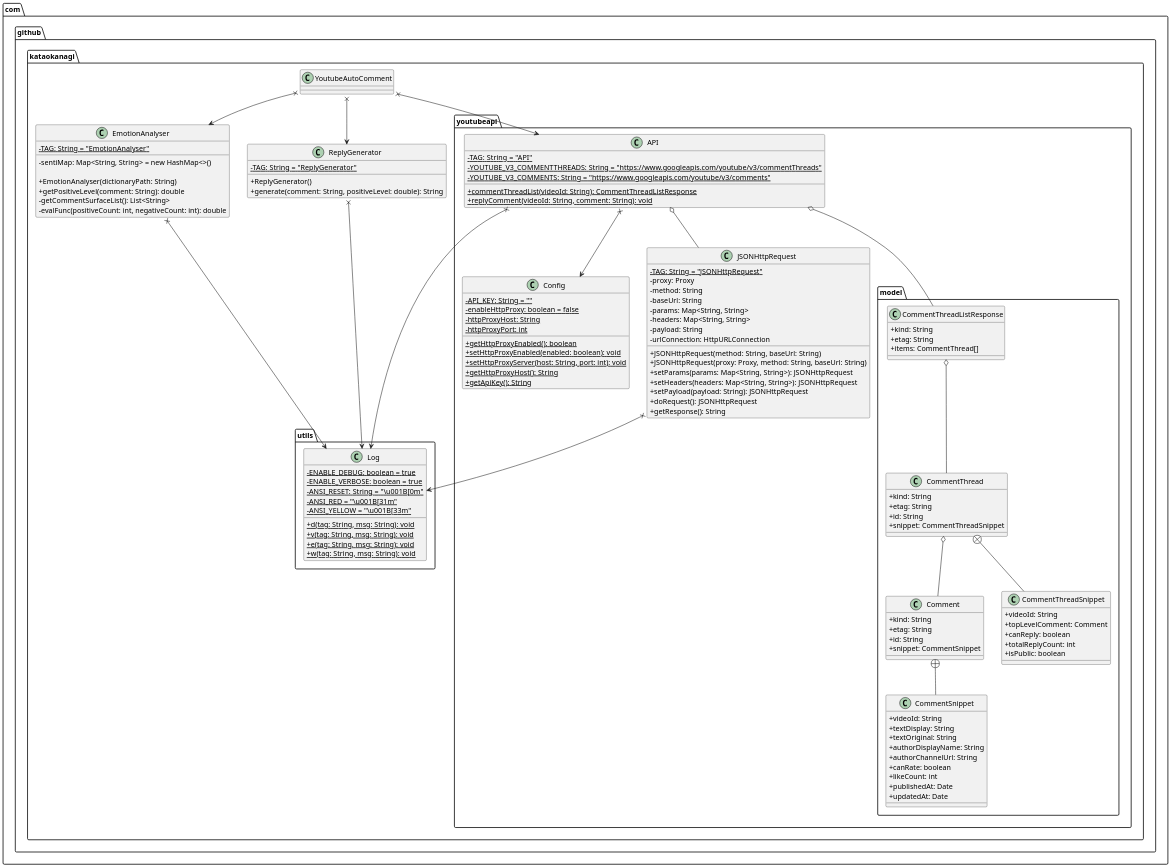
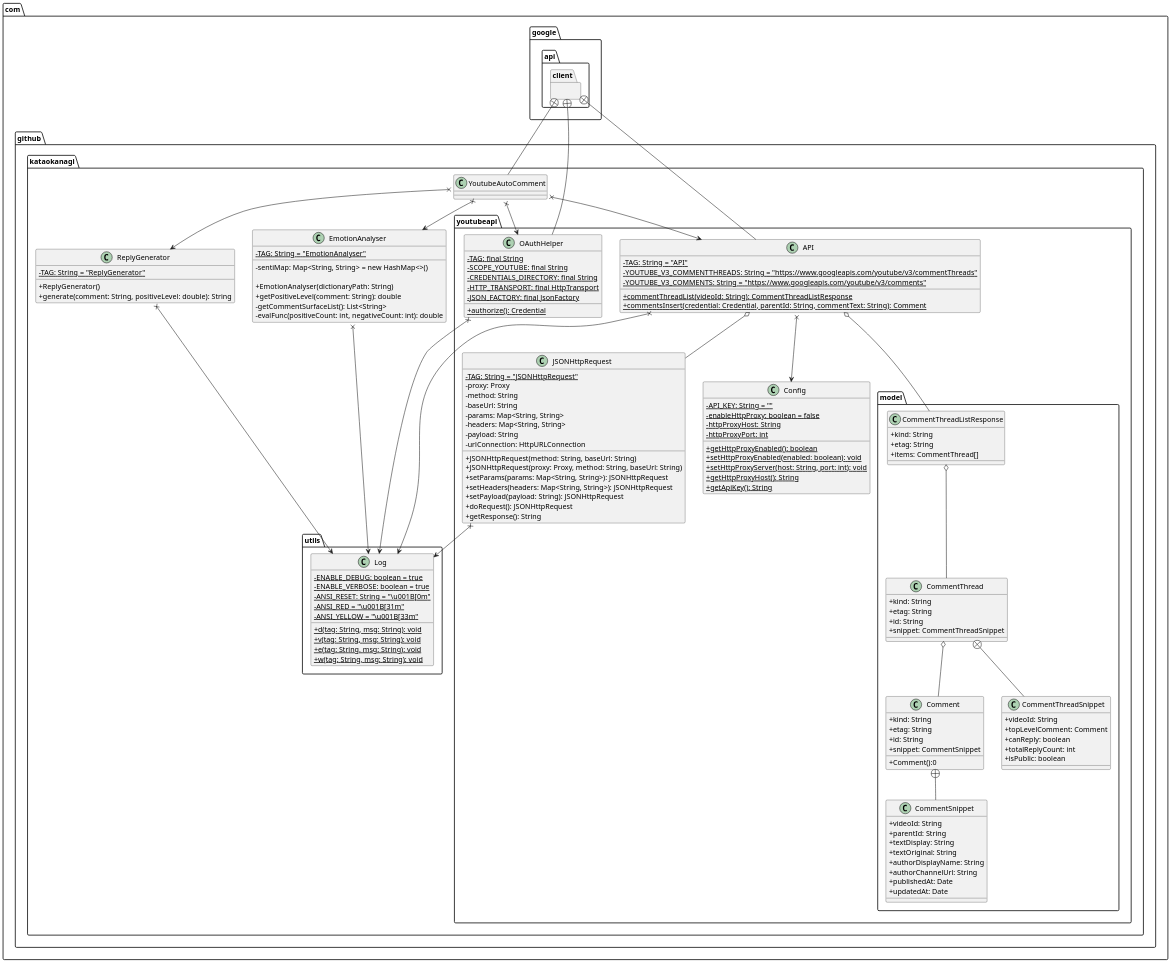
The diagram in uml/YoutubeAutoComment_ClassDiagram.pu (KataokaNagi/YoutubeAutoComment), drawn with PlantUML before and after one commit. The commit also changed other lines of this file and 1 other file, not shown here.

Commit message:
Class Diagram: update

```diff
--- a/uml/YoutubeAutoComment_ClassDiagram.pu
+++ b/uml/YoutubeAutoComment_ClassDiagram.pu
@@ -13,166 +11,184 @@
 @startuml out/ClassDiagram.png
 scale 1.5
 skinparam DefaultFontName メイリオ
 ' 可視性の変更
 skinparam classAttributeIconSize 0
 
 ' class def
 ' @see https://qiita.com/KeithYokoma/items/ee21fec6a3ebb5d1e9a8
 
 package com.github.kataokanagi {
   package com.github.kataokanagi.utils {
   }
   package com.github.kataokanagi.youtubeapi {
     package com.github.kataokanagi.youtubeapi.model {
     }
   }
+}
+
+package com.google.api.client {
 }
 
 package com.github.kataokanagi.utils {
     class Log {
         - {static} ENABLE_DEBUG: boolean = true
         - {static} ENABLE_VERBOSE: boolean = true
         - {static} ANSI_RESET: String = "\u001B[0m"
         - {static} ANSI_RED = "\u001B[31m"
         - {static} ANSI_YELLOW = "\u001B[33m"
 
         + {static} d(tag: String, msg: String): void
         + {static} v(tag: String, msg: String): void
         + {static} e(tag: String, msg: String): void
         + {static} w(tag: String, msg: String): void
     }
 }
 
 package com.github.kataokanagi.youtubeapi.model {
     class Comment {
         + kind: String
         + etag: String
         + id: String
         + snippet: CommentSnippet
+
+        + Comment():0
     }
 
     class CommentSnippet {
         + videoId: String
+        + parentId: String
         + textDisplay: String
         + textOriginal: String
         + authorDisplayName: String
         + authorChannelUrl: String
-        + canRate: boolean
-        + likeCount: int
         + publishedAt: Date
         + updatedAt: Date
     }
 
     Comment +-- CommentSnippet
 
     class CommentThread {
         + kind: String
         + etag: String
         + id: String
         + snippet: CommentThreadSnippet
     }
 
     class CommentThreadSnippet {
         + videoId: String
         + topLevelComment: Comment
         + canReply: boolean
         + totalReplyCount: int
         + isPublic: boolean
     }
 
     CommentThread +-- CommentThreadSnippet
 
     class CommentThreadListResponse {
         + kind: String
         + etag: String
         + items: CommentThread[]
     }
 
     CommentThreadListResponse o-- CommentThread
     CommentThread o-- Comment
 }
 
 package com.github.kataokanagi.youtubeapi {
     class API {
         - {static} TAG: String = "API"
         - {static} YOUTUBE_V3_COMMENTTHREADS: String = "https://www.googleapis.com/youtube/v3/commentThreads"
         - {static} YOUTUBE_V3_COMMENTS: String = "https://www.googleapis.com/youtube/v3/comments"
 
         + {static} commentThreadList(videoId: String): CommentThreadListResponse
-        + {static} replyComment(videoId: String, comment: String): void
+        + {static} commentsInsert(credential: Credential, parentId: String, commentText: String): Comment
+        ' + {static} replyComment(videoId: String, comment: String): void ' 仮に追加していたもの（片岡）
     }
 
     class Config {
         - {static} API_KEY: String = ""
         - {static} enableHttpProxy: boolean = false
         - {static} httpProxyHost: String
         - {static} httpProxyPort: int
 
         + {static} getHttpProxyEnabled(): boolean
         + {static} setHttpProxyEnabled(enabled: boolean): void
         + {static} setHttpProxyServer(host: String, port: int): void
         + {static} getHttpProxyHost(): String
         + {static} getApiKey(): String
     }
 
     class JSONHttpRequest {
         - {static} TAG: String = "JSONHttpRequest"
         - proxy: Proxy
         - method: String
         - baseUrl: String
         - params: Map<String, String>
         - headers: Map<String, String>
         - payload: String
         - urlConnection: HttpURLConnection
 
         + JSONHttpRequest(method: String, baseUrl: String)
         + JSONHttpRequest(proxy: Proxy, method: String, baseUrl: String)
         + setParams(params: Map<String, String>): JSONHttpRequest
         + setHeaders(headers: Map<String, String>): JSONHttpRequest
         + setPayload(payload: String): JSONHttpRequest
         + doRequest(): JSONHttpRequest
         + getResponse(): String
     }
+
+  class OAuthHelper {
+    - {static} TAG: final String
+    - {static} SCOPE_YOUTUBE: final String
+    - {static} CREDENTIALS_DIRECTORY: final String
+    - {static} HTTP_TRANSPORT: final HttpTransport
+    - {static} JSON_FACTORY: final JsonFactory
+
+    + {static} authorize(): Credential
+  }
 }
 
 package com.github.kataokanagi {
     class YoutubeAutoComment {
     }
 
     class EmotionAnalyser {
         - {static} TAG: String = "EmotionAnalyser"
         - sentiMap: Map<String, String> = new HashMap<>()
 
         + EmotionAnalyser(dictionaryPath: String)
         + getPositiveLevel(comment: String): double
         - getCommentSurfaceList(): List<String>
         - evalFunc(positiveCount: int, negativeCount: int): double
     }
 
     class ReplyGenerator {
         - {static} TAG: String = "ReplyGenerator"
 
         + ReplyGenerator()
         + generate(comment: String, positiveLevel: double): String
     }
 }
 
-API o-- CommentThreadListResponse
 
 ' API o-- Log
 EmotionAnalyser x--> Log
 ReplyGenerator x--> Log
 JSONHttpRequest x--> Log
+OAuthHelper x--> Log
+API x--> Log
 
-
-
+API o-- CommentThreadListResponse
 API o-- JSONHttpRequest
-API x--> Log
 API x--> Config
 
+YoutubeAutoComment x--> OAuthHelper
 YoutubeAutoComment x--> API
 YoutubeAutoComment x--> EmotionAnalyser
 YoutubeAutoComment x--> ReplyGenerator
 
+com.google.api.client +-- API
+com.google.api.client +-- YoutubeAutoComment
+com.google.api.client +-- OAuthHelper
 
 @enduml
```
